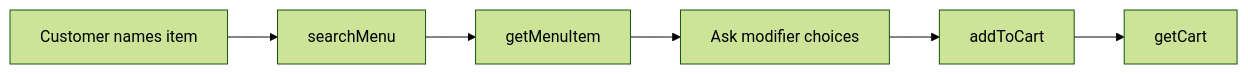
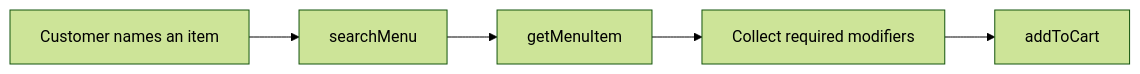
One commit to mx7h/Voice-Agent-POC changed the third of 5 diagrams in docs/agent-tools.md. Above: the diagram before and after it, drawn with Mermaid (forest theme). The commit also changed other lines of this file and 5 other files, not shown here.

````diff
--- a/docs/agent-tools.md
+++ b/docs/agent-tools.md
@@ -654,8 +586,7 @@
 ```mermaid
 flowchart LR
-    U[Customer names item] --> SM[searchMenu]
+    U[Customer names an item] --> SM[searchMenu]
     SM --> GI[getMenuItem]
-    GI --> Q[Ask modifier choices]
+    GI --> Q[Collect required modifiers]
     Q --> AC[addToCart]
-    AC --> GC[getCart]
 ```
````
